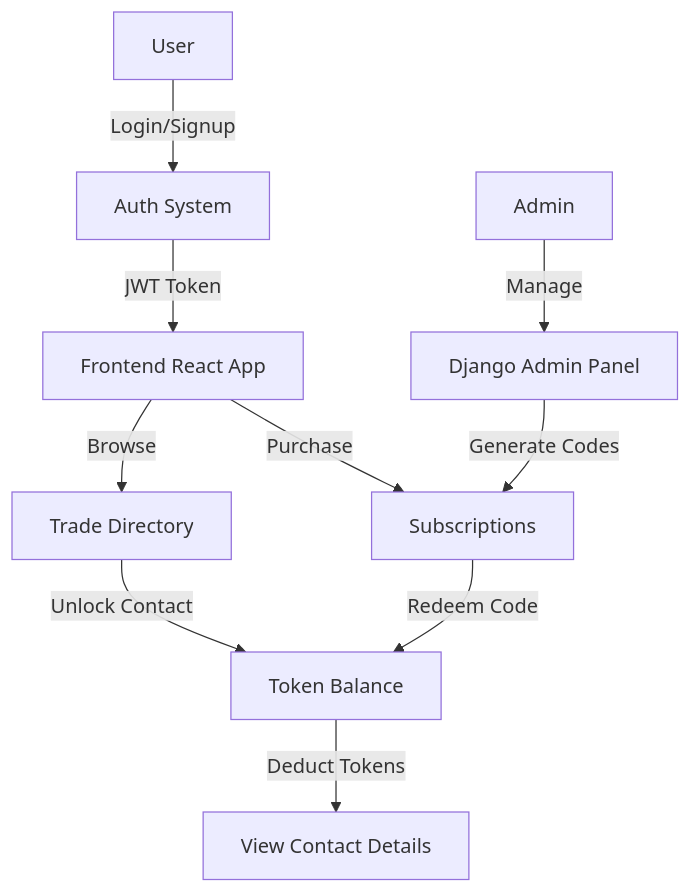
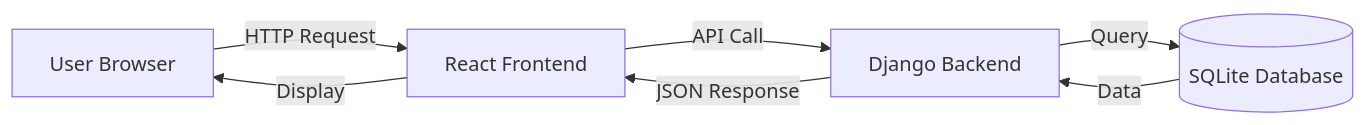
The diagram in README.md (umarkashif21/ZaraiLink), drawn with Mermaid before and after one commit. The commit also changed other lines of this file and 33 other files, not shown here.

Commit message:
Fixed admin dashboard theme, key contact error, weird errors on find suppliers and buyers page, and more fixes

````diff
--- a/README.md
+++ b/README.md
@@ -89,12 +26,9 @@
 ```mermaid
-graph TD
-    A[User] -->|Login/Signup| B[Auth System]
-    B -->|JWT Token| C[Frontend React App]
-    C -->|Browse| D[Trade Directory]
-    C -->|Purchase| E[Subscriptions]
-    E -->|Redeem Code| F[Token Balance]
-    D -->|Unlock Contact| F
-    F -->|Deduct Tokens| G[View Contact Details]
-    H[Admin] -->|Manage| I[Django Admin Panel]
-    I -->|Generate Codes| E
+graph LR
+    A[User Browser] -->|HTTP Request| B[React Frontend]
+    B -->|API Call| C[Django Backend]
+    C -->|Query| D[(SQLite Database)]
+    D -->|Data| C
+    C -->|JSON Response| B
+    B -->|Display| A
 ```
````
